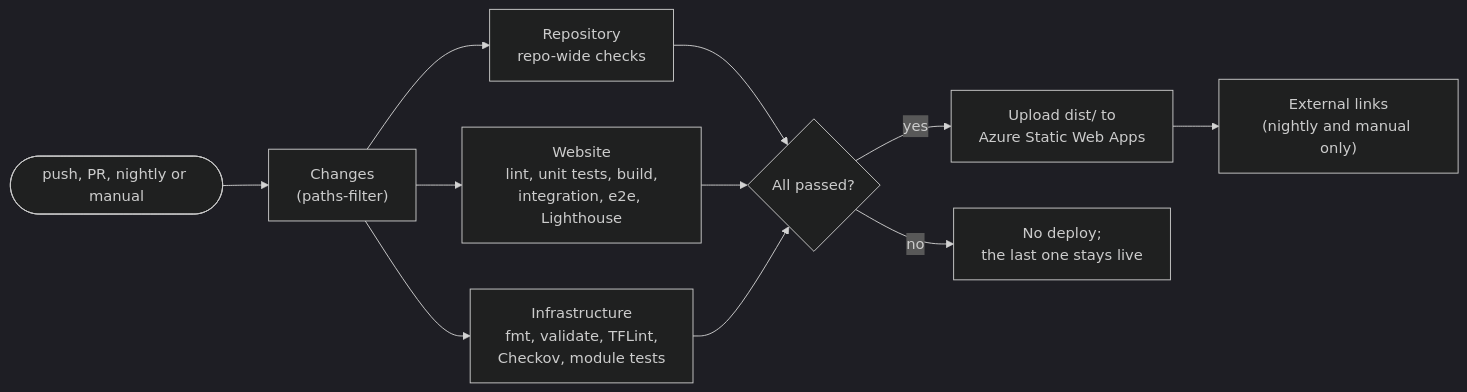
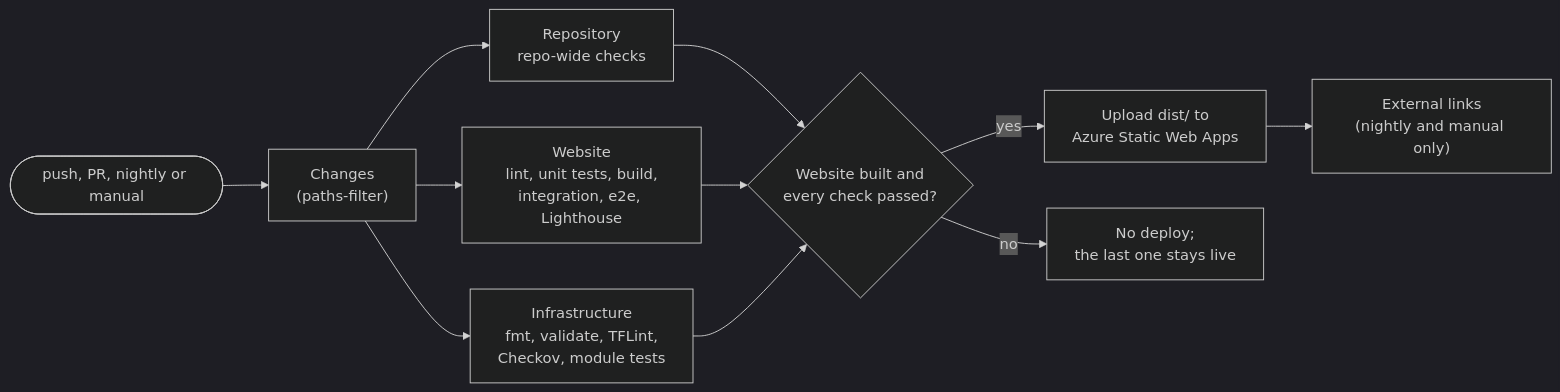
Before and after one commit to jimmykurian/personal-site: the diagram in docs/deployment/overview.md, drawn with Mermaid (dark theme). The commit also changed other lines of this file and 3 other files, not shown here.

````diff
--- a/docs/deployment/overview.md
+++ b/docs/deployment/overview.md
@@ -11,11 +11,11 @@
 ```mermaid
 flowchart LR
     trigger(["push, PR, nightly or manual"]) --> changes["Changes<br/>(paths-filter)"]
     changes --> repository["Repository<br/>repo-wide checks"]
     changes --> website["Website<br/>lint, unit tests, build,<br/>integration, e2e, Lighthouse"]
     changes --> infrastructure["Infrastructure<br/>fmt, validate, TFLint,<br/>Checkov, module tests"]
-    repository & website & infrastructure --> deploy{"All passed?"}
+    repository & website & infrastructure --> deploy{"Website built and<br/>every check passed?"}
     deploy -- yes --> swa["Upload dist/ to<br/>Azure Static Web Apps"]
     deploy -- no --> keep["No deploy;<br/>the last one stays live"]
     swa --> links["External links<br/>(nightly and manual only)"]
 ```
````
